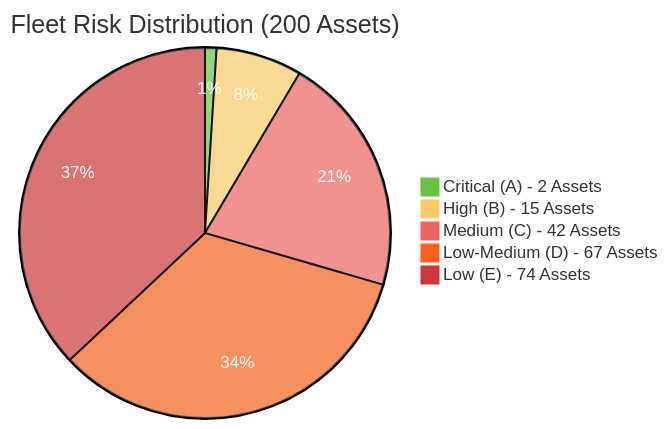
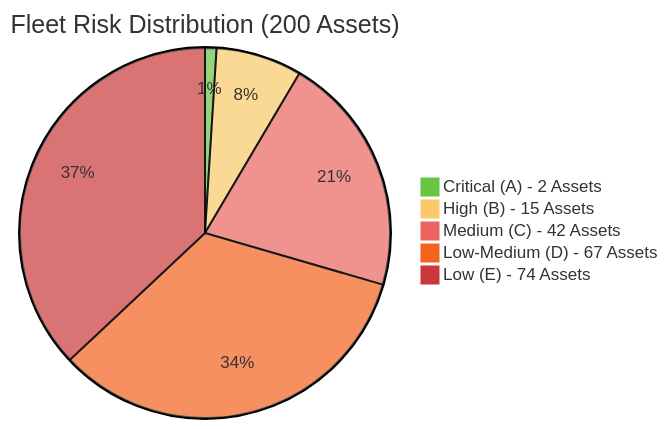
Before and after one commit to StephanieHepp/Risk-Assessment: the first of 4 diagrams in risk_assessment_report/monthly_report_otto_argos_style.md, drawn with Mermaid.

````diff
--- a/risk_assessment_report/monthly_report_otto_argos_style.md
+++ b/risk_assessment_report/monthly_report_otto_argos_style.md
@@ -14,9 +14,9 @@
 ```mermaid
-%%{init: {'theme':'base', 'themeVariables': {'pie5':'#CB3839', 'pie4':'#F5621E', 'pie3':'#EB645F', 'pie2':'#F9CA67','pie1':'#68C441','pieTitleTextColor':'#333', 'pieSectionTextColor':'#fff', 'pieLegendTextColor':'#333'}}}%%
+%%{init: {'theme':'base', 'themeVariables': {'pie5':'#CB3839', 'pie4':'#F5621E', 'pie3':'#EB645F', 'pie2':'#F9CA67','pie1':'#68C441'}}}%%
 pie title Fleet Risk Distribution (200 Assets)
     "Critical (A) - 2 Assets" : 2
     "High (B) - 15 Assets" : 15
     "Medium (C) - 42 Assets" : 42
     "Low-Medium (D) - 67 Assets" : 67
     "Low (E) - 74 Assets" : 74
 ```
````
